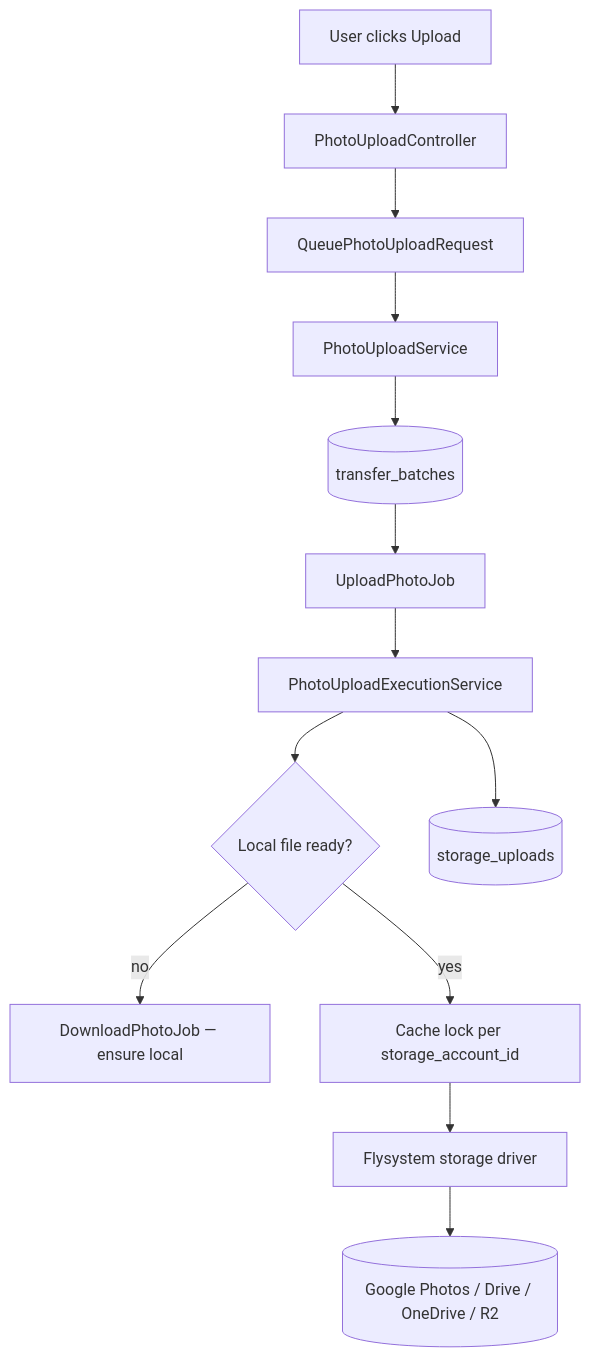
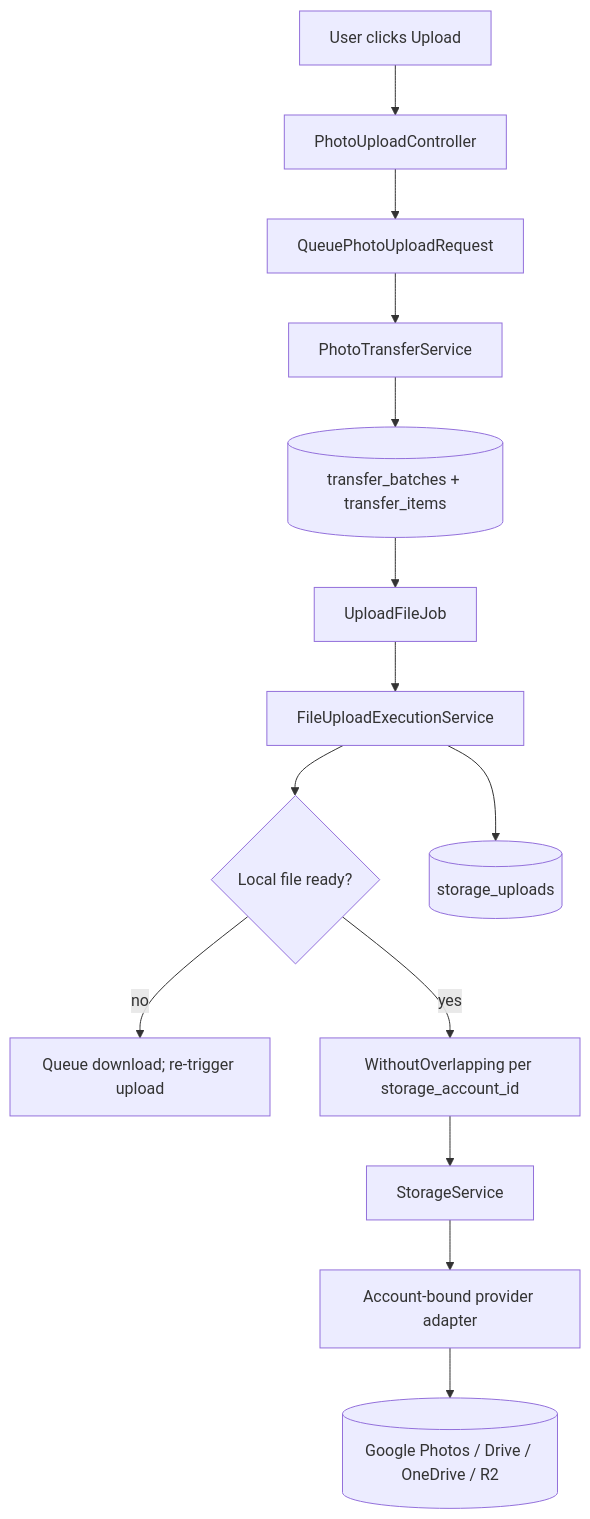
One commit to jooservices/XFlickr changed the seventh of 13 diagrams in docs/00-architecture/architecture-diagrams.md. Above: the diagram before and after it, drawn with Mermaid. The commit also changed other lines of this file and 11 other files, not shown here.

First line of the commit message:
docs: sync Storage adapter and Transfer module boundaries

````diff
--- a/docs/00-architecture/architecture-diagrams.md
+++ b/docs/00-architecture/architecture-diagrams.md
@@ -226,22 +226,23 @@
 ```mermaid
 flowchart TB
   User[User clicks Upload]
   Ctrl[PhotoUploadController]
   Req[QueuePhotoUploadRequest]
-  Svc[PhotoUploadService]
-  Batch[(transfer_batches)]
-  Job[UploadPhotoJob]
-  Exec[PhotoUploadExecutionService]
+  Svc[PhotoTransferService]
+  Batch[(transfer_batches + transfer_items)]
+  Job[UploadFileJob]
+  Exec[FileUploadExecutionService]
   Local{Local file ready?}
-  DL[DownloadPhotoJob — ensure local]
-  Lock[Cache lock per storage_account_id]
-  Driver[Flysystem storage driver]
+  DL[Queue download; re-trigger upload]
+  Lock[WithoutOverlapping per storage_account_id]
+  Storage[StorageService]
+  Driver[Account-bound provider adapter]
   Cloud[(Google Photos / Drive / OneDrive / R2)]
   SU[(storage_uploads)]
 
   User --> Ctrl --> Req --> Svc --> Batch --> Job --> Exec
   Exec --> Local
   Local -->|no| DL
-  Local -->|yes| Lock --> Driver --> Cloud
+  Local -->|yes| Lock --> Storage --> Driver --> Cloud
   Exec --> SU
 ```
````
